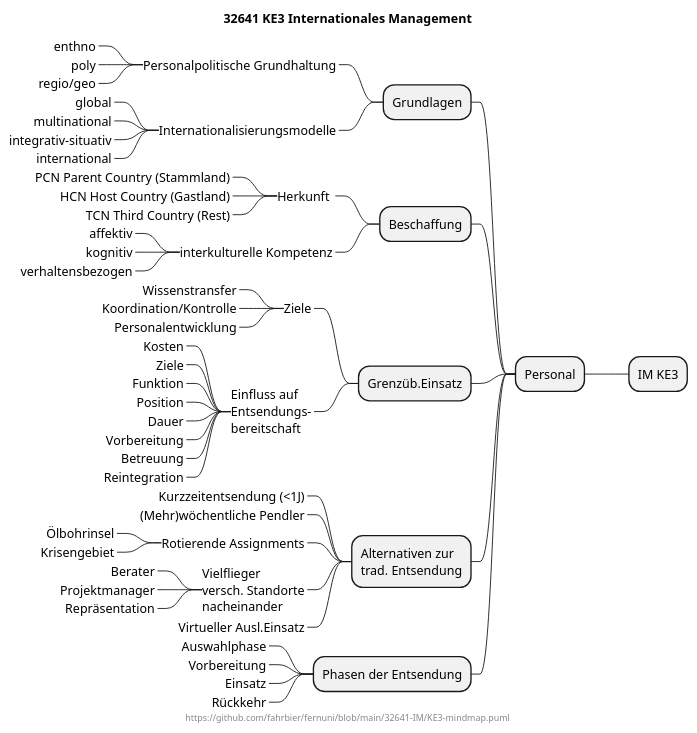
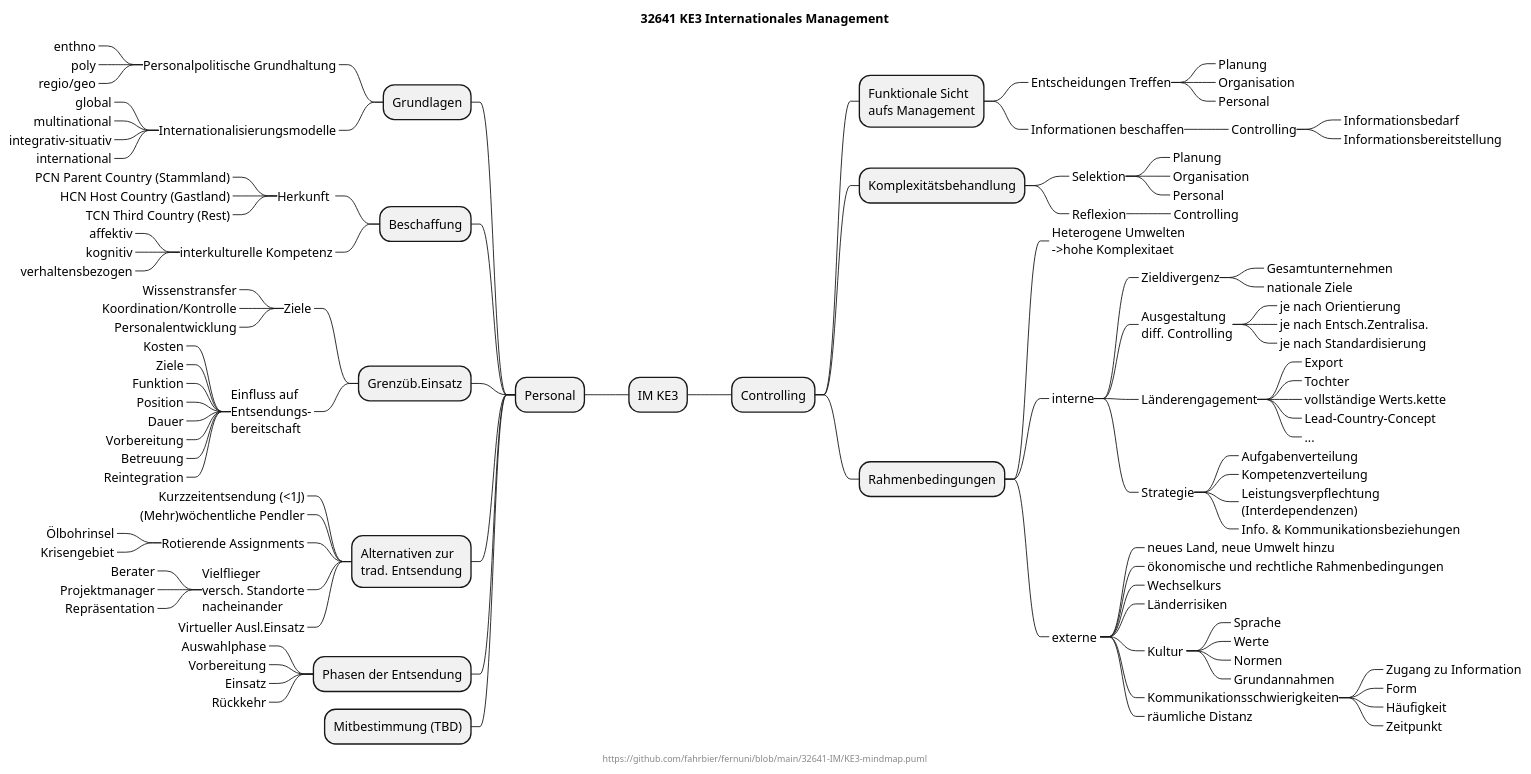
One commit to fahrbier/fernuni changed the diagram in 32641-IM/KE3-mindmap.puml. Above: the diagram before and after it, drawn with PlantUML.

```diff
--- a/32641-IM/KE3-mindmap.puml
+++ b/32641-IM/KE3-mindmap.puml
@@ -1,64 +1,128 @@
 @startmindmap
 title 32641 KE3 Internationales Management
 center footer https://github.com/fahrbier/fernuni/blob/main/32641-IM/KE3-mindmap.puml
 
 + IM KE3
 -- Personal
 --- Grundlagen
 ----_ Personalpolitische Grundhaltung
 -----_ enthno
 -----_ poly
 -----_ regio/geo
 ----_ Internationalisierungsmodelle
 -----_ global
 -----_ multinational
 -----_ integrativ-situativ
 -----_ international
 
 --- Beschaffung
 ----_ Herkunft 
 -----_ PCN Parent Country (Stammland)
 -----_ HCN Host Country (Gastland)
 -----_ TCN Third Country (Rest)
 
 ----_ interkulturelle Kompetenz
 -----_ affektiv
 -----_ kognitiv
 -----_ verhaltensbezogen
 
 --- Grenzüb.Einsatz
 ----_ Ziele
 -----_ Wissenstransfer
 -----_ Koordination/Kontrolle
 -----_ Personalentwicklung
 
 ----_ Einfluss auf\nEntsendungs-\nbereitschaft
 -----_ Kosten
 -----_ Ziele
 -----_ Funktion
 -----_ Position
 -----_ Dauer
 -----_ Vorbereitung
 -----_ Betreuung
 -----_ Reintegration
 
 --- Alternativen zur\ntrad. Entsendung
 ----_ Kurzzeitentsendung (<1J)
 ----_ (Mehr)wöchentliche Pendler
 ----_ Rotierende Assignments
 -----_ Ölbohrinsel
 -----_ Krisengebiet
 ----_ Vielflieger\nversch. Standorte\nnacheinander
 -----_  Berater
 -----_  Projektmanager
 -----_  Repräsentation
 ----_ Virtueller Ausl.Einsatz
 
 --- Phasen der Entsendung
 ----_ Auswahlphase
 ----_ Vorbereitung
 ----_ Einsatz
 ----_ Rückkehr
 
+--- Mitbestimmung (TBD)
+
+++ Controlling
+
++++ Funktionale Sicht\naufs Management
+++++_ Entscheidungen Treffen
++++++_ Planung
++++++_ Organisation
++++++_ Personal
+++++_ Informationen beschaffen
++++++_ Controlling
+++++++_ Informationsbedarf
+++++++_ Informationsbereitstellung
+
++++ Komplexitätsbehandlung
+++++_ Selektion
++++++_ Planung
++++++_ Organisation
++++++_ Personal
+++++_ Reflexion
++++++_ Controlling
+
++++ Rahmenbedingungen
+++++_ Heterogene Umwelten\n->hohe Komplexitaet
+++++_ interne
++++++_ Zieldivergenz
+++++++_ Gesamtunternehmen
+++++++_ nationale Ziele
++++++_ Ausgestaltung\ndiff. Controlling
+++++++_ je nach Orientierung
+++++++_ je nach Entsch.Zentralisa.
+++++++_ je nach Standardisierung
++++++_ Länderengagement
+++++++_ Export
+++++++_ Tochter
+++++++_ vollständige Werts.kette
+++++++_ Lead-Country-Concept 
+++++++_ ...
++++++_ Strategie
+++++++_ Aufgabenverteilung
+++++++_ Kompetenzverteilung
+++++++_ Leistungsverpflechtung\n(Interdependenzen) 
+++++++_ Info. & Kommunikationsbeziehungen
+
+
+
+++++_ externe 
++++++_ neues Land, neue Umwelt hinzu
++++++_ ökonomische und rechtliche Rahmenbedingungen
++++++_ Wechselkurs
++++++_ Länderrisiken
++++++_ Kultur 
+++++++_ Sprache
+++++++_ Werte
+++++++_ Normen
+++++++_ Grundannahmen
++++++_ Kommunikationsschwierigkeiten
+++++++_ Zugang zu Information
+++++++_ Form 
+++++++_ Häufigkeit
+++++++_ Zeitpunkt
++++++_ räumliche Distanz
+
+
 
 @endmindmap
```
